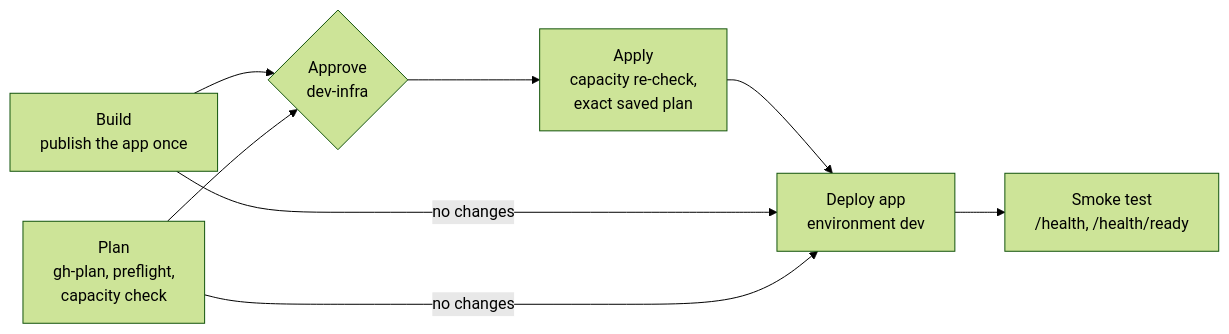
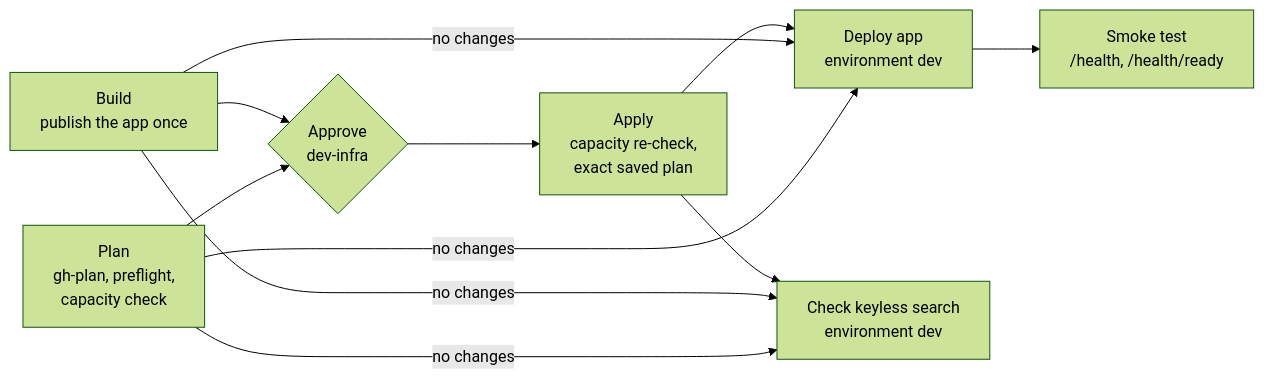
Before and after one commit to ankurparekh1988/payment-ops-investigation-agent: the first of 2 diagrams in docs/Deployment.md, drawn with Mermaid (forest theme). The commit also changed other lines of this file and 18 other files, not shown here.

First line of the commit message:
Add a keyless search service (#15)

````diff
--- a/docs/Deployment.md
+++ b/docs/Deployment.md
@@ -188,10 +195,13 @@
 ```mermaid
 flowchart LR
   B["Build<br/>publish the app once"] --> A
   P["Plan<br/>gh-plan, preflight,<br/>capacity check"] --> A{"Approve<br/>dev-infra"}
   A --> AP["Apply<br/>capacity re-check,<br/>exact saved plan"]
   AP --> D["Deploy app<br/>environment dev"]
   B -->|no changes| D
   P -->|no changes| D
   D --> S["Smoke test<br/>/health, /health/ready"]
+  AP --> K["Check keyless search<br/>environment dev"]
+  B -->|no changes| K
+  P -->|no changes| K
 ```
````
